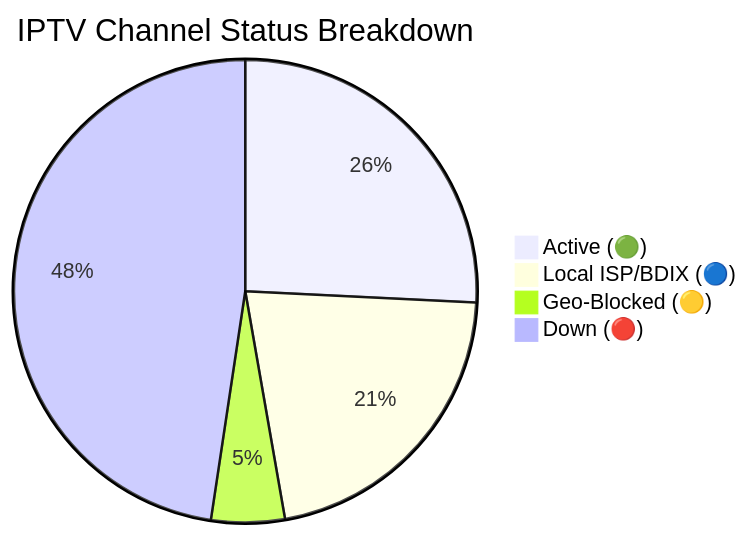
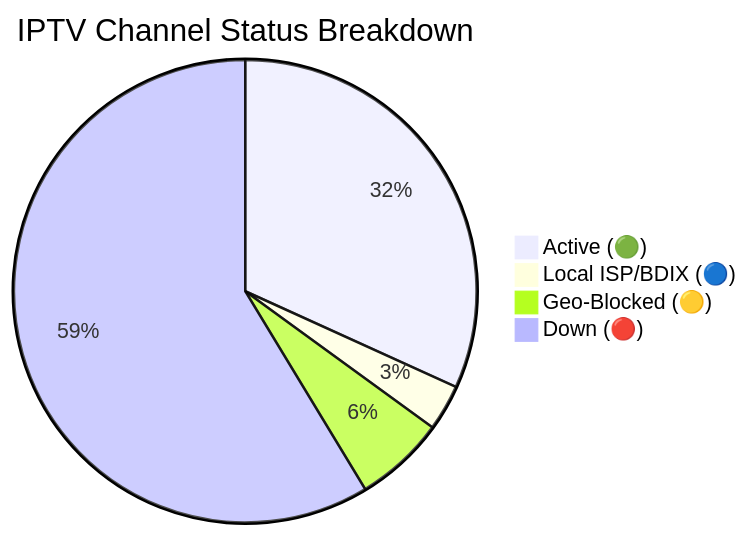
The diagram in README.md (Zaman-Topu/Ip-tv-Collection), drawn with Mermaid before and after one commit. The commit also changed other lines of this file and 6 other files, not shown here.

````diff
--- a/README.md
+++ b/README.md
@@ -118,7 +118,7 @@
 ```mermaid
 pie title IPTV Channel Status Breakdown
-    "Active (🟢)" : 10772
-    "Local ISP/BDIX (🔵)" : 8968
+    "Active (🟢)" : 10785
+    "Local ISP/BDIX (🔵)" : 1097
     "Geo-Blocked (🟡)" : 2144
-    "Down (🔴)" : 19898
+    "Down (🔴)" : 19913
 ```
````
